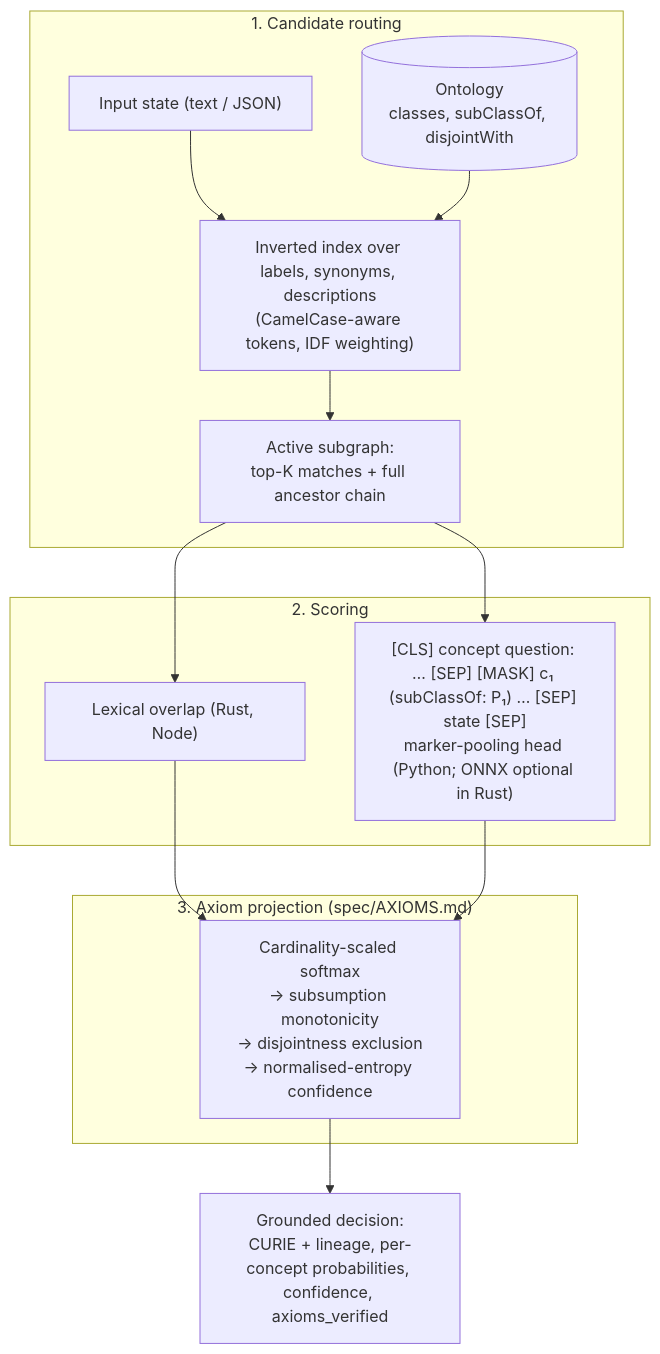
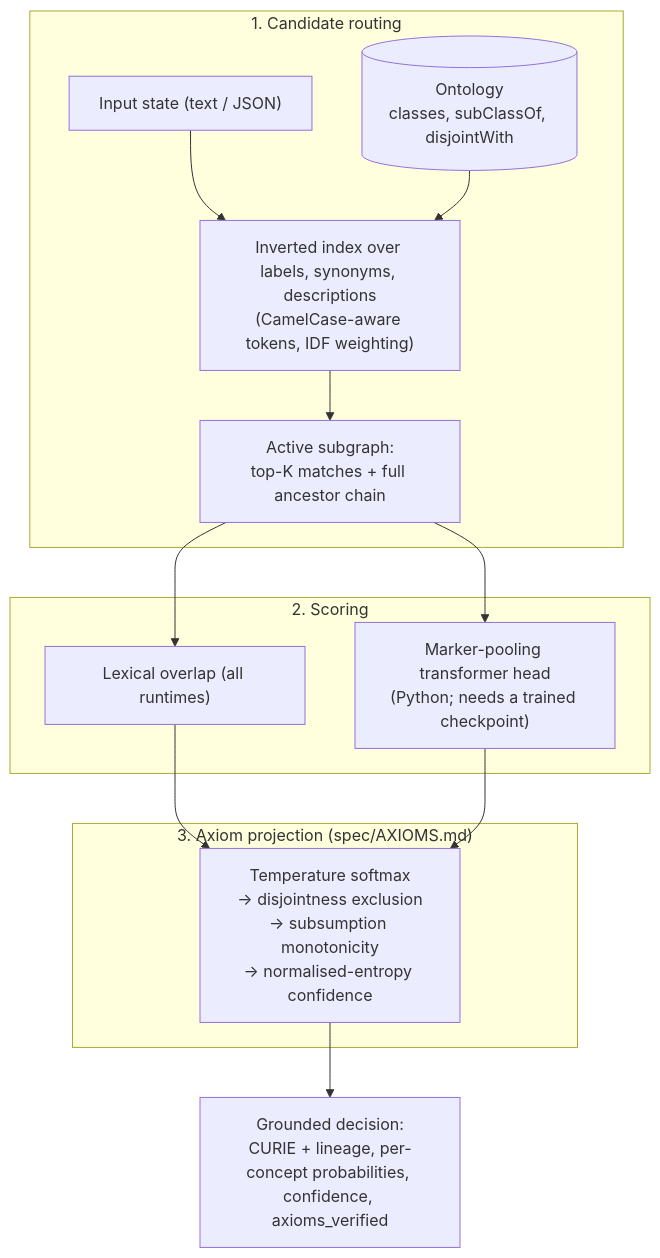
The diagram in README.md (josaum/olaya), drawn with Mermaid before and after one commit. The commit also changed other lines of this file and 1 other file, not shown here.

First line of the commit message:
docs: rewrite README to state what is implemented, lexical, and unweighted

````diff
--- a/README.md
+++ b/README.md
@@ -234,19 +75,19 @@
 ```mermaid
 flowchart TD
     subgraph "1. Candidate routing"
         State["Input state (text / JSON)"] --> Router["Inverted index over labels, synonyms, descriptions<br/>(CamelCase-aware tokens, IDF weighting)"]
         Onto[("Ontology<br/>classes, subClassOf, disjointWith")] --> Router
         Router --> Sub["Active subgraph:<br/>top-K matches + full ancestor chain"]
     end
 
     subgraph "2. Scoring"
-        Sub --> Lex["Lexical overlap (Rust, Node)"]
-        Sub --> Neural["[CLS] concept question: … [SEP] [MASK] c₁ (subClassOf: P₁) … [SEP] state [SEP]<br/>marker-pooling head (Python; ONNX optional in Rust)"]
+        Sub --> Lex["Lexical overlap (all runtimes)"]
+        Sub --> Neural["Marker-pooling transformer head<br/>(Python; needs a trained checkpoint)"]
     end
 
     subgraph "3. Axiom projection (spec/AXIOMS.md)"
-        Lex & Neural --> Proj["Cardinality-scaled softmax<br/>→ subsumption monotonicity<br/>→ disjointness exclusion<br/>→ normalised-entropy confidence"]
+        Lex & Neural --> Proj["Temperature softmax<br/>→ disjointness exclusion<br/>→ subsumption monotonicity<br/>→ normalised-entropy confidence"]
     end
 
     Proj --> Out["Grounded decision:<br/>CURIE + lineage, per-concept probabilities, confidence, axioms_verified"]
 ```
````
